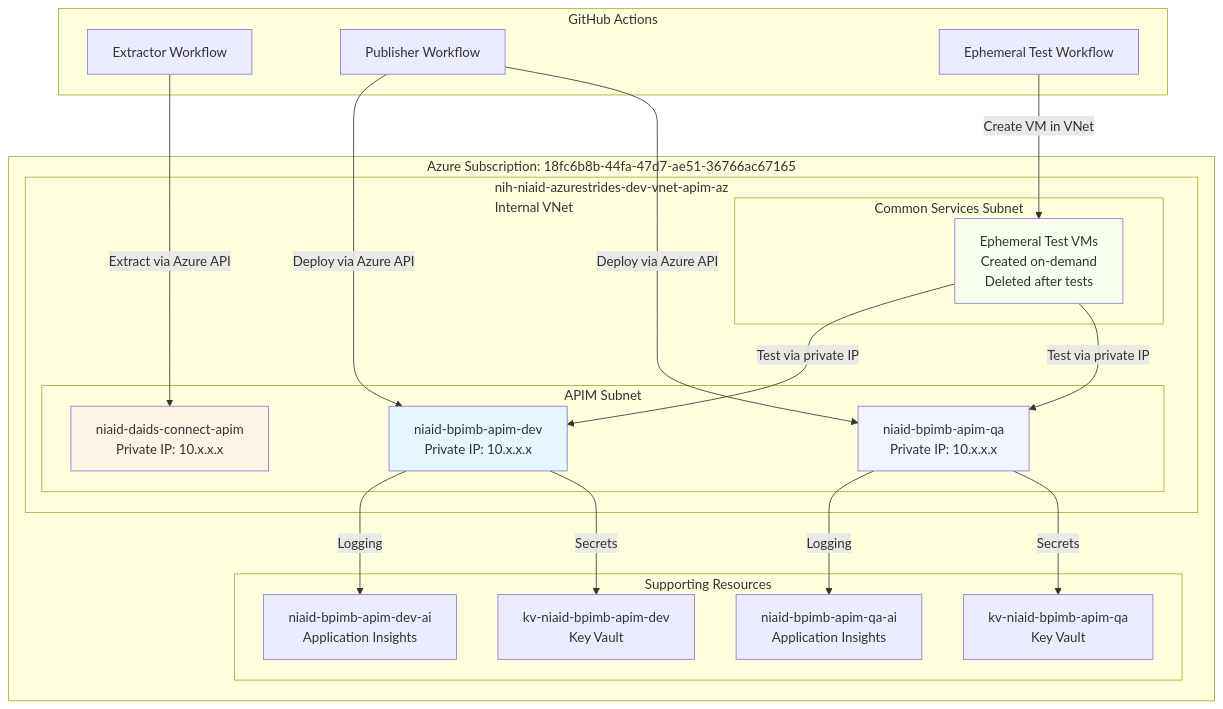
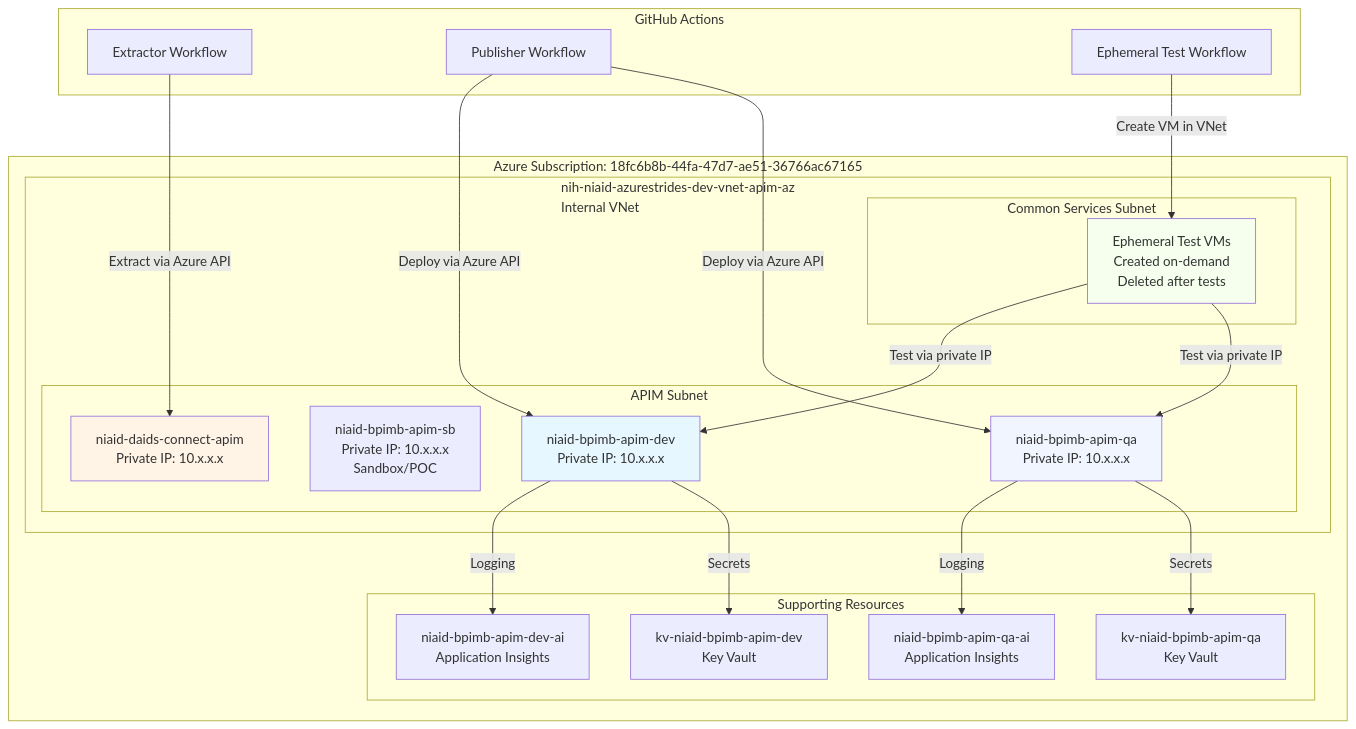
Before and after one commit to NIAID-BPIMB-whiters/API-DEVOPS: the first of 6 diagrams in README.md, drawn with Mermaid. The commit also changed other lines of this file and 1 other file, not shown here.

First line of the commit message:
feat: Configure sandbox environment with Azure resources

````diff
--- a/README.md
+++ b/README.md
@@ -85,45 +85,46 @@
 ```mermaid
 graph TB
     subgraph Azure["Azure Subscription: 18fc6b8b-44fa-47d7-ae51-36766ac67165"]
         subgraph VNet["nih-niaid-azurestrides-dev-vnet-apim-az<br/>Internal VNet"]
             subgraph Subnet1["APIM Subnet"]
                 DAIDS[niaid-daids-connect-apim<br/>Private IP: 10.x.x.x]
+                SB_APIM[niaid-bpimb-apim-sb<br/>Private IP: 10.x.x.x<br/>Sandbox/POC]
                 DEV_APIM[niaid-bpimb-apim-dev<br/>Private IP: 10.x.x.x]
                 QA_APIM[niaid-bpimb-apim-qa<br/>Private IP: 10.x.x.x]
             end
             
             subgraph Subnet2["Common Services Subnet"]
                 TEST_VM[Ephemeral Test VMs<br/>Created on-demand<br/>Deleted after tests]
             end
         end
         
         subgraph Resources["Supporting Resources"]
             DEV_AI[niaid-bpimb-apim-dev-ai<br/>Application Insights]
             QA_AI[niaid-bpimb-apim-qa-ai<br/>Application Insights]
             DEV_KV[kv-niaid-bpimb-apim-dev<br/>Key Vault]
             QA_KV[kv-niaid-bpimb-apim-qa<br/>Key Vault]
         end
     end
     
     subgraph GitHub["GitHub Actions"]
         EXTRACTOR[Extractor Workflow]
         PUBLISHER[Publisher Workflow]
         TESTS[Ephemeral Test Workflow]
     end
     
     EXTRACTOR -->|Extract via Azure API| DAIDS
     PUBLISHER -->|Deploy via Azure API| DEV_APIM
     PUBLISHER -->|Deploy via Azure API| QA_APIM
     TESTS -->|Create VM in VNet| TEST_VM
     TEST_VM -->|Test via private IP| DEV_APIM
     TEST_VM -->|Test via private IP| QA_APIM
     DEV_APIM -->|Logging| DEV_AI
     QA_APIM -->|Logging| QA_AI
     DEV_APIM -->|Secrets| DEV_KV
     QA_APIM -->|Secrets| QA_KV
     
     style DAIDS fill:#fff4e6
     style DEV_APIM fill:#e6f7ff
     style QA_APIM fill:#f0f5ff
     style TEST_VM fill:#f6ffed
 ```
````
